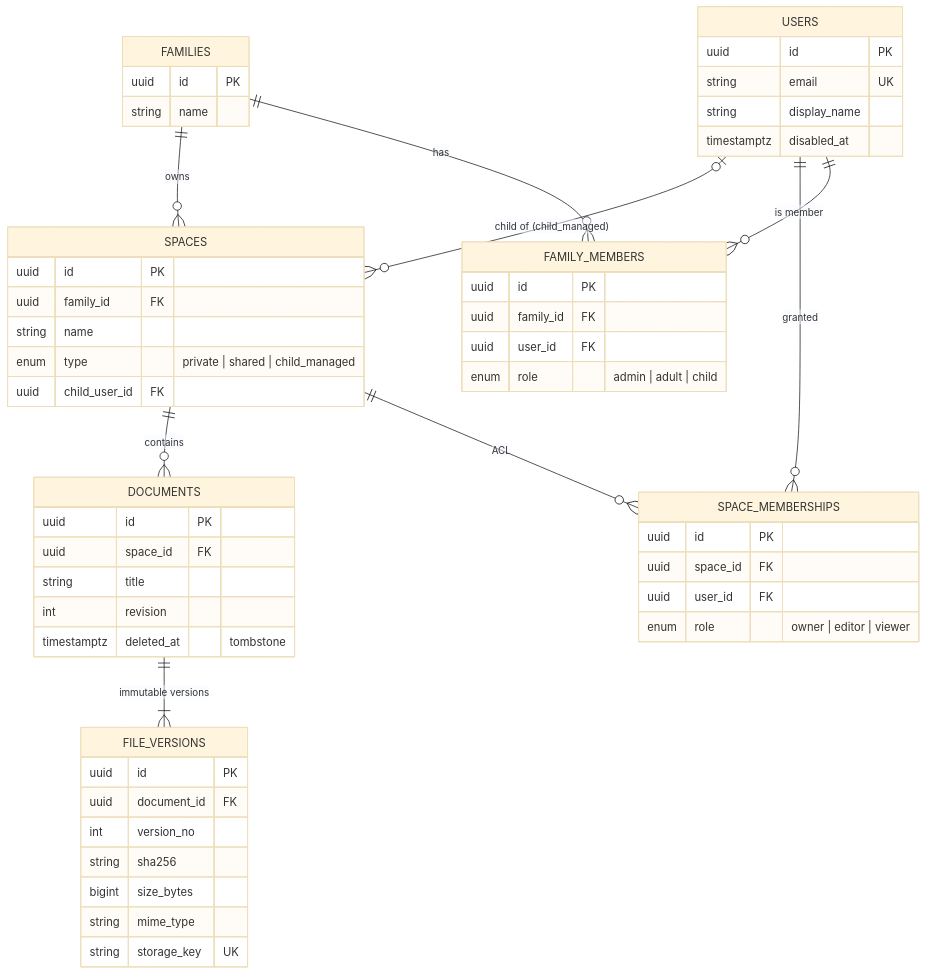
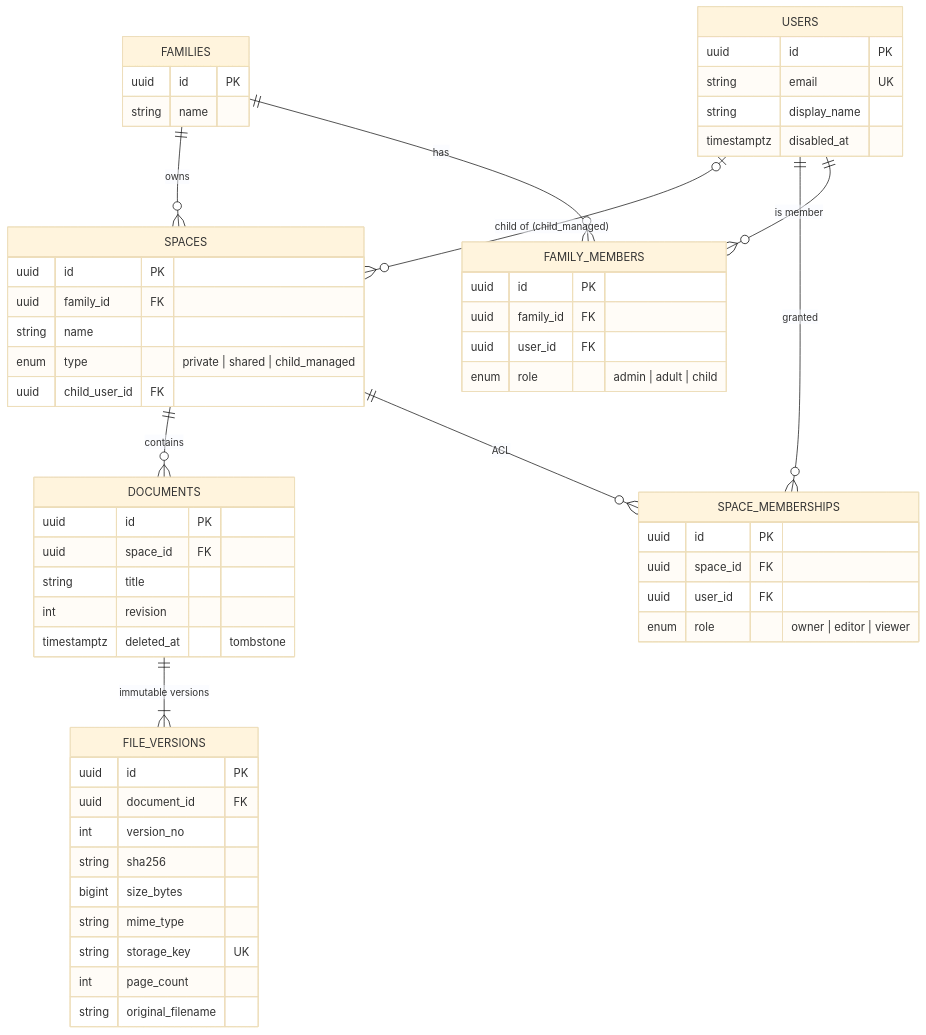
Before and after one commit to patrickbrundiers-dev/Eigne-app-1: the diagram in docs/DATA_MODEL.md, drawn with Mermaid (base theme). The commit also changed other lines of this file and 24 other files, not shown here.

````diff
--- a/docs/DATA_MODEL.md
+++ b/docs/DATA_MODEL.md
@@ -7,43 +7,45 @@
 ```mermaid
 erDiagram
     USERS ||--o{ FAMILY_MEMBERS : "is member"
     FAMILIES ||--o{ FAMILY_MEMBERS : has
     FAMILIES ||--o{ SPACES : owns
     SPACES ||--o{ SPACE_MEMBERSHIPS : "ACL"
     USERS ||--o{ SPACE_MEMBERSHIPS : "granted"
     SPACES ||--o{ DOCUMENTS : contains
     DOCUMENTS ||--|{ FILE_VERSIONS : "immutable versions"
     USERS |o--o{ SPACES : "child of (child_managed)"
 
     USERS { uuid id PK
             string email UK
             string display_name
             timestamptz disabled_at }
     FAMILIES { uuid id PK
                string name }
     FAMILY_MEMBERS { uuid id PK
                      uuid family_id FK
                      uuid user_id FK
                      enum role "admin | adult | child" }
     SPACES { uuid id PK
              uuid family_id FK
              string name
              enum type "private | shared | child_managed"
              uuid child_user_id FK }
     SPACE_MEMBERSHIPS { uuid id PK
                         uuid space_id FK
                         uuid user_id FK
                         enum role "owner | editor | viewer" }
     DOCUMENTS { uuid id PK
                 uuid space_id FK
                 string title
                 int revision
                 timestamptz deleted_at "tombstone" }
     FILE_VERSIONS { uuid id PK
                     uuid document_id FK
                     int version_no
                     string sha256
                     bigint size_bytes
                     string mime_type
-                    string storage_key UK }
+                    string storage_key UK
+                    int page_count
+                    string original_filename }
 ```
````
